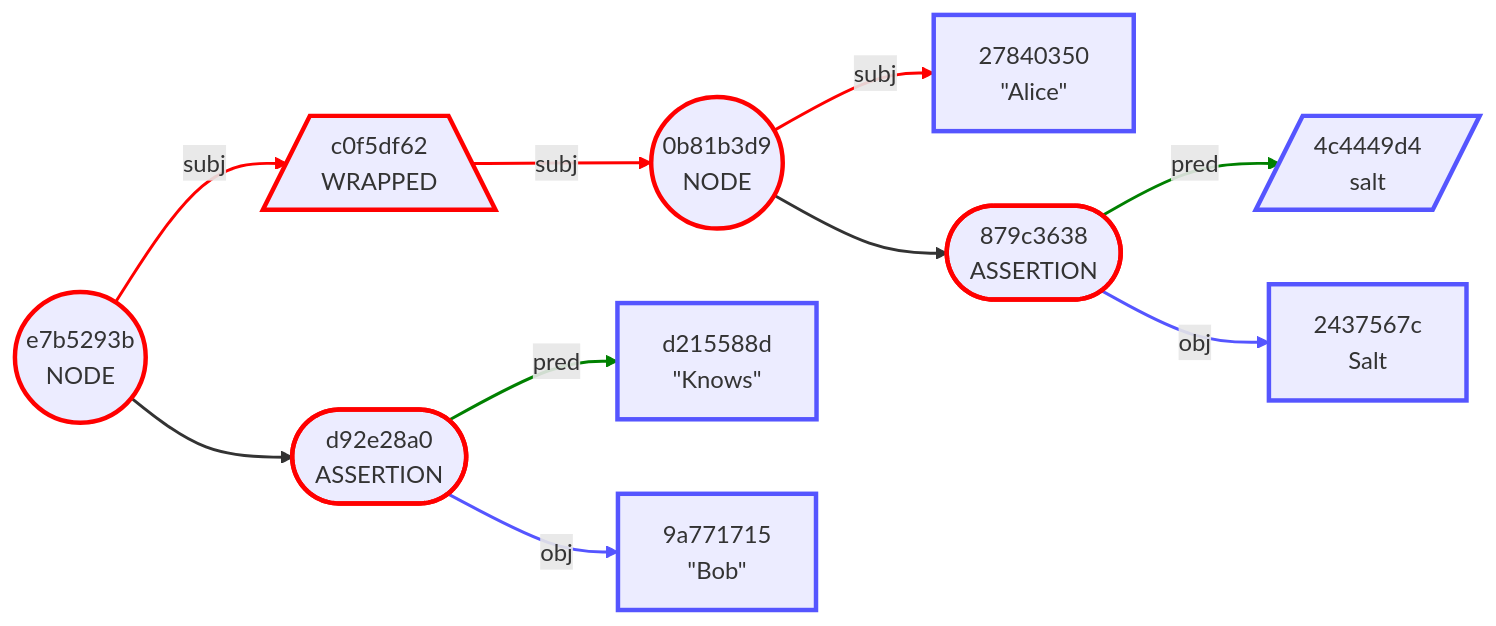
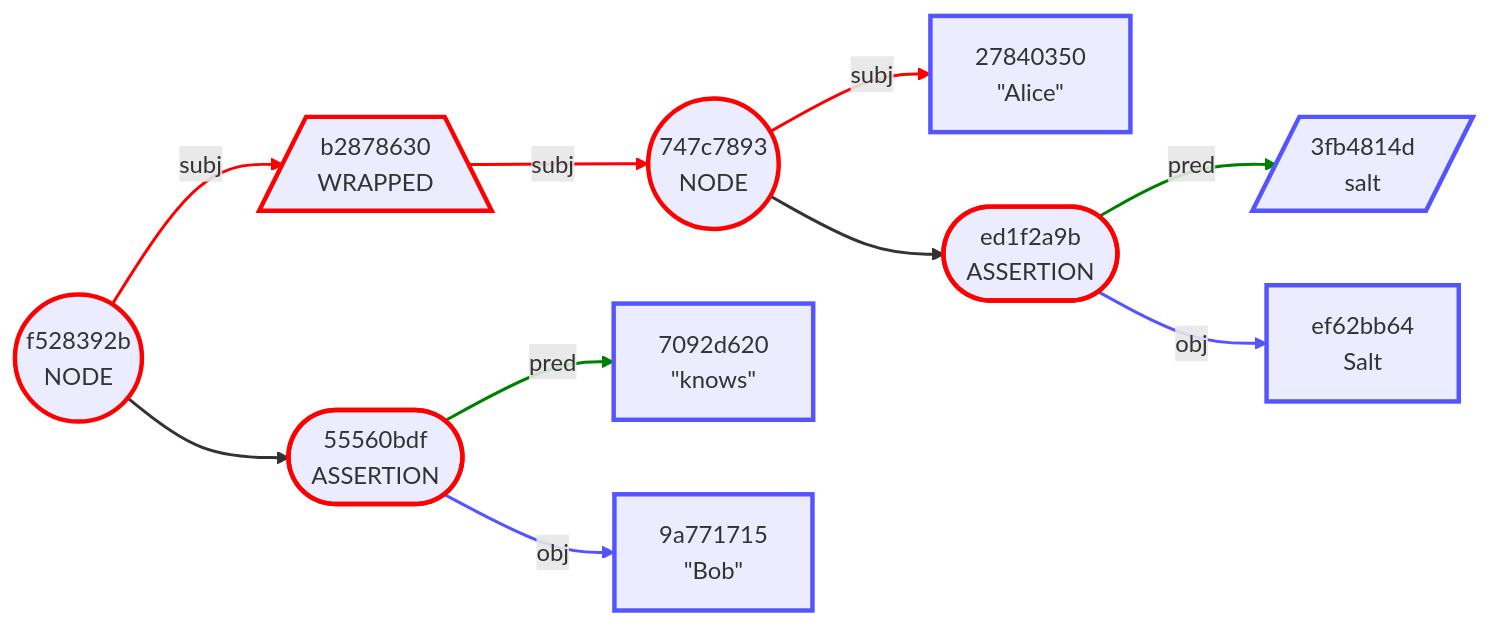
Before and after one commit to BlockchainCommons/Gordian: diagram 19 of 19 in Docs/Envelope-Tech-Intro.md, drawn with Mermaid. The commit also changed other lines of this file, not shown here.

````diff
--- a/Docs/Envelope-Tech-Intro.md
+++ b/Docs/Envelope-Tech-Intro.md
@@ -915,42 +914,41 @@
 ```mermaid
 graph LR
-    1(("e7b5293b<br/>NODE"))
-    2[/"c0f5df62<br/>WRAPPED"\]
-    3(("0b81b3d9<br/>NODE"))
+    1(("f528392b<br/>NODE"))
+    2[/"b2878630<br/>WRAPPED"\]
+    3(("747c7893<br/>NODE"))
     4["27840350<br/>#quot;Alice#quot;"]
-    5(["879c3638<br/>ASSERTION"])
-    6[/"4c4449d4<br/>salt"/]
-    7["2437567c<br/>Salt"]
-    8(["d92e28a0<br/>ASSERTION"])
-    9["d215588d<br/>#quot;Knows#quot;"]
+    5(["ed1f2a9b<br/>ASSERTION"])
+    6[/"3fb4814d<br/>salt"/]
+    7["ef62bb64<br/>Salt"]
+    8(["55560bdf<br/>ASSERTION"])
+    9["7092d620<br/>#quot;knows#quot;"]
     10["9a771715<br/>#quot;Bob#quot;"]
     1 -->|subj| 2
     2 -->|subj| 3
     3 -->|subj| 4
     3 --> 5
     5 -->|pred| 6
     5 -->|obj| 7
     1 --> 8
     8 -->|pred| 9
     8 -->|obj| 10
     style 1 stroke:red,stroke-width:3.0px
     style 2 stroke:red,stroke-width:3.0px
     style 3 stroke:red,stroke-width:3.0px
     style 4 stroke:#55f,stroke-width:3.0px
     style 5 stroke:red,stroke-width:3.0px
     style 6 stroke:#55f,stroke-width:3.0px
     style 7 stroke:#55f,stroke-width:3.0px
     style 8 stroke:red,stroke-width:3.0px
     style 9 stroke:#55f,stroke-width:3.0px
     style 10 stroke:#55f,stroke-width:3.0px
     linkStyle 0 stroke:red,stroke-width:2.0px
     linkStyle 1 stroke:red,stroke-width:2.0px
     linkStyle 2 stroke:red,stroke-width:2.0px
     linkStyle 3 stroke-width:2.0px
     linkStyle 4 stroke:green,stroke-width:2.0px
     linkStyle 5 stroke:#55f,stroke-width:2.0px
     linkStyle 6 stroke-width:2.0px
     linkStyle 7 stroke:green,stroke-width:2.0px
     linkStyle 8 stroke:#55f,stroke-width:2.0px
-
 ```
````
